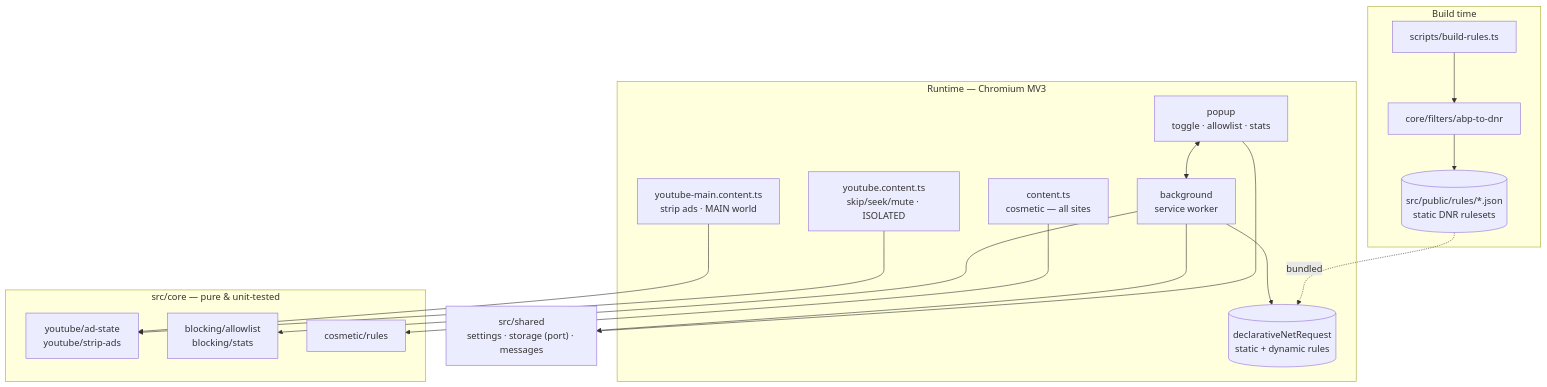
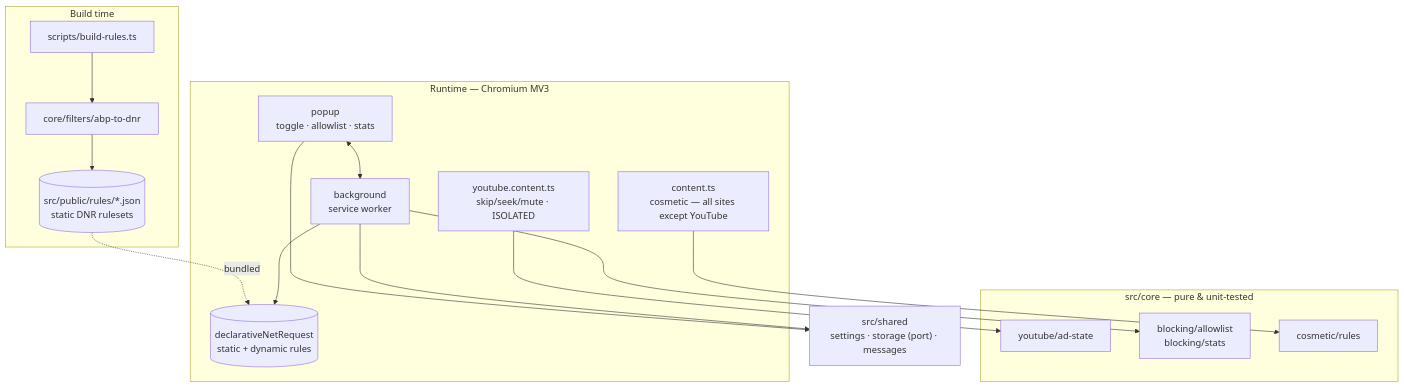
The first of 3 diagrams in README.md (brcassiano/full-blocker), drawn with Mermaid before and after one commit. The commit also changed other lines of this file and 6 other files, not shown here.

First line of the commit message:
fix(youtube): drop ad strip & player CSS that triggered anti-adblock wall

````diff
--- a/README.md
+++ b/README.md
@@ -33,35 +35,33 @@
 ```mermaid
 flowchart TB
   subgraph build["Build time"]
     BR["scripts/build-rules.ts"]
     FIL["core/filters/abp-to-dnr"]
     BR --> FIL --> RULES[("src/public/rules/*.json<br/>static DNR rulesets")]
   end
 
   subgraph ext["Runtime — Chromium MV3"]
     POP["popup<br/>toggle · allowlist · stats"]
     SW["background<br/>service worker"]
-    CS1["content.ts<br/>cosmetic — all sites"]
+    CS1["content.ts<br/>cosmetic — all sites except YouTube"]
     CS2["youtube.content.ts<br/>skip/seek/mute · ISOLATED"]
-    CS3["youtube-main.content.ts<br/>strip ads · MAIN world"]
     DNR[("declarativeNetRequest<br/>static + dynamic rules")]
   end
 
   subgraph core["src/core — pure & unit-tested"]
-    YT["youtube/ad-state<br/>youtube/strip-ads"]
+    YT["youtube/ad-state"]
     BL["blocking/allowlist<br/>blocking/stats"]
     COS["cosmetic/rules"]
   end
 
   SHARED["src/shared<br/>settings · storage (port) · messages"]
 
   RULES -. bundled .-> DNR
   POP <--> SW
   SW --> DNR
   SW --> BL
   POP --> SHARED
   SW --> SHARED
   CS1 --> COS
   CS2 --> YT
-  CS3 --> YT
 ```
````
